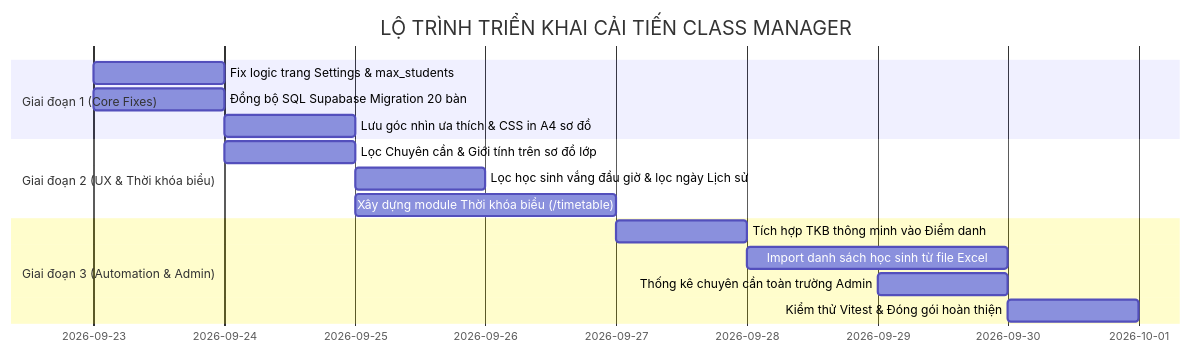
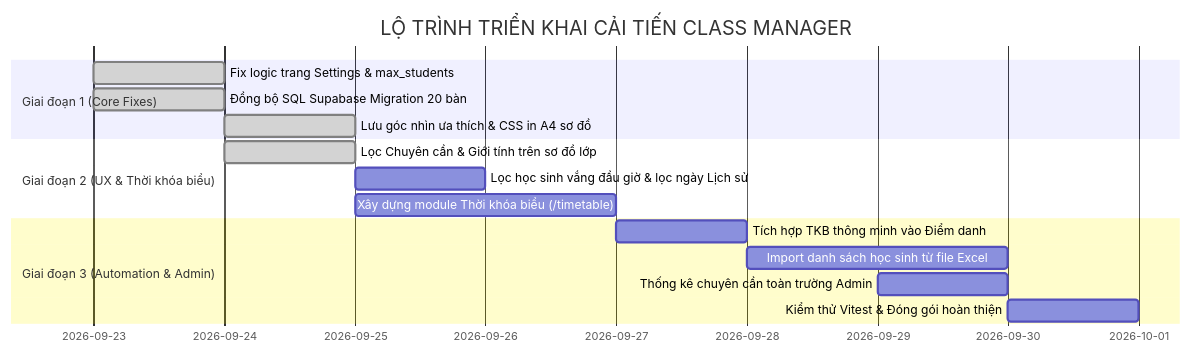
Before and after one commit to tranhohoangvu/class-manager: the diagram in classmanager_plan.md, drawn with Mermaid. The commit also changed other lines of this file, not shown here.

````diff
--- a/classmanager_plan.md
+++ b/classmanager_plan.md
@@ -173,18 +185,18 @@
 ```mermaid
 gantt
     title LỘ TRÌNH TRIỂN KHAI CẢI TIẾN CLASS MANAGER
     dateFormat  YYYY-MM-DD
     section Giai đoạn 1 (Core Fixes)
-    Fix logic trang Settings & max_students       :a1, 2026-09-23, 1d
-    Đồng bộ SQL Supabase Migration 20 bàn         :a2, 2026-09-23, 1d
-    Lưu góc nhìn ưa thích & CSS in A4 sơ đồ      :a3, 2026-09-24, 1d
+    Fix logic trang Settings & max_students       :done, a1, 2026-09-23, 1d
+    Đồng bộ SQL Supabase Migration 20 bàn         :done, a2, 2026-09-23, 1d
+    Lưu góc nhìn ưa thích & CSS in A4 sơ đồ      :done, a3, 2026-09-24, 1d
     section Giai đoạn 2 (UX & Thời khóa biểu)
-    Lọc Chuyên cần & Giới tính trên sơ đồ lớp     :b1, 2026-09-24, 1d
+    Lọc Chuyên cần & Giới tính trên sơ đồ lớp     :done, b1, 2026-09-24, 1d
     Lọc học sinh vắng đầu giờ & lọc ngày Lịch sử  :b2, 2026-09-25, 1d
     Xây dựng module Thời khóa biểu (/timetable)   :b3, 2026-09-25, 2d
     section Giai đoạn 3 (Automation & Admin)
     Tích hợp TKB thông minh vào Điểm danh         :c1, 2026-09-27, 1d
     Import danh sách học sinh từ file Excel       :c2, 2026-09-28, 2d
     Thống kê chuyên cần toàn trường Admin         :c3, 2026-09-29, 1d
     Kiểm thử Vitest & Đóng gói hoàn thiện         :c4, 2026-09-30, 1d
 ```
````
